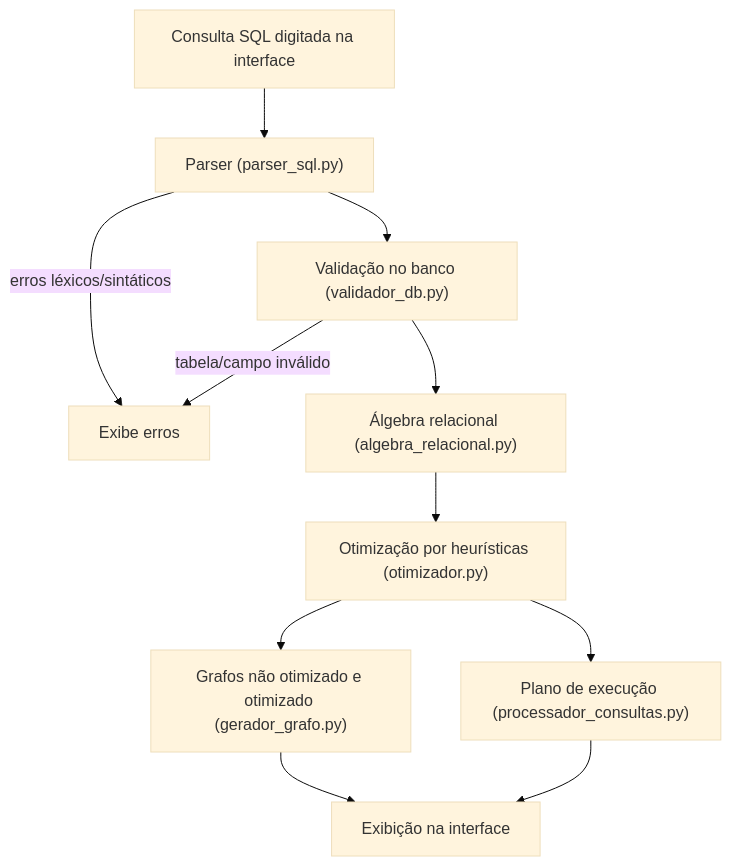
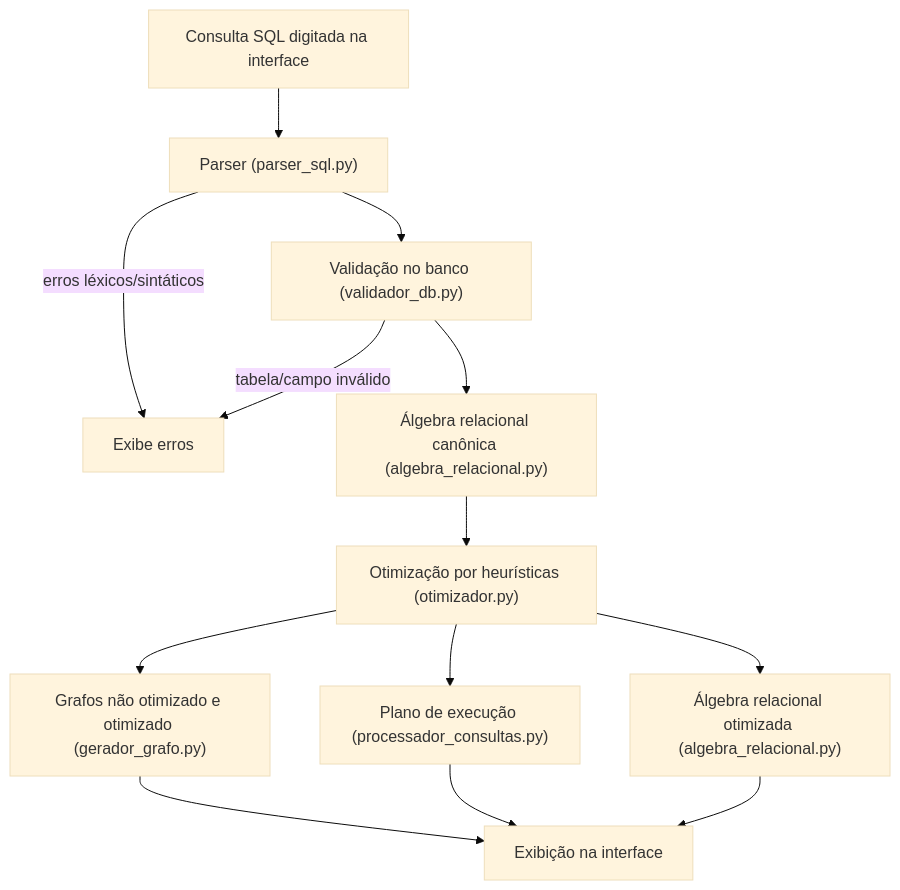
One commit to Alyra004/processador-consultas changed the diagram in README.md. Above: the diagram before and after it, drawn with Mermaid (base theme). The commit also changed other lines of this file, not shown here.

````diff
--- a/README.md
+++ b/README.md
@@ -34,13 +36,15 @@
 ```mermaid
 flowchart TD
     A["Consulta SQL digitada na interface"] --> B["Parser (parser_sql.py)"]
     B -->|erros léxicos/sintáticos| X["Exibe erros"]
     B --> C["Validação no banco (validador_db.py)"]
     C -->|tabela/campo inválido| X
-    C --> D["Álgebra relacional (algebra_relacional.py)"]
+    C --> D["Álgebra relacional canônica (algebra_relacional.py)"]
     D --> E["Otimização por heurísticas (otimizador.py)"]
     E --> F["Grafos não otimizado e otimizado (gerador_grafo.py)"]
     E --> G["Plano de execução (processador_consultas.py)"]
-    F --> H["Exibição na interface"]
-    G --> H
+    E --> H["Álgebra relacional otimizada (algebra_relacional.py)"]
+    F --> I["Exibição na interface"]
+    G --> I
+    H --> I
 ```
````
